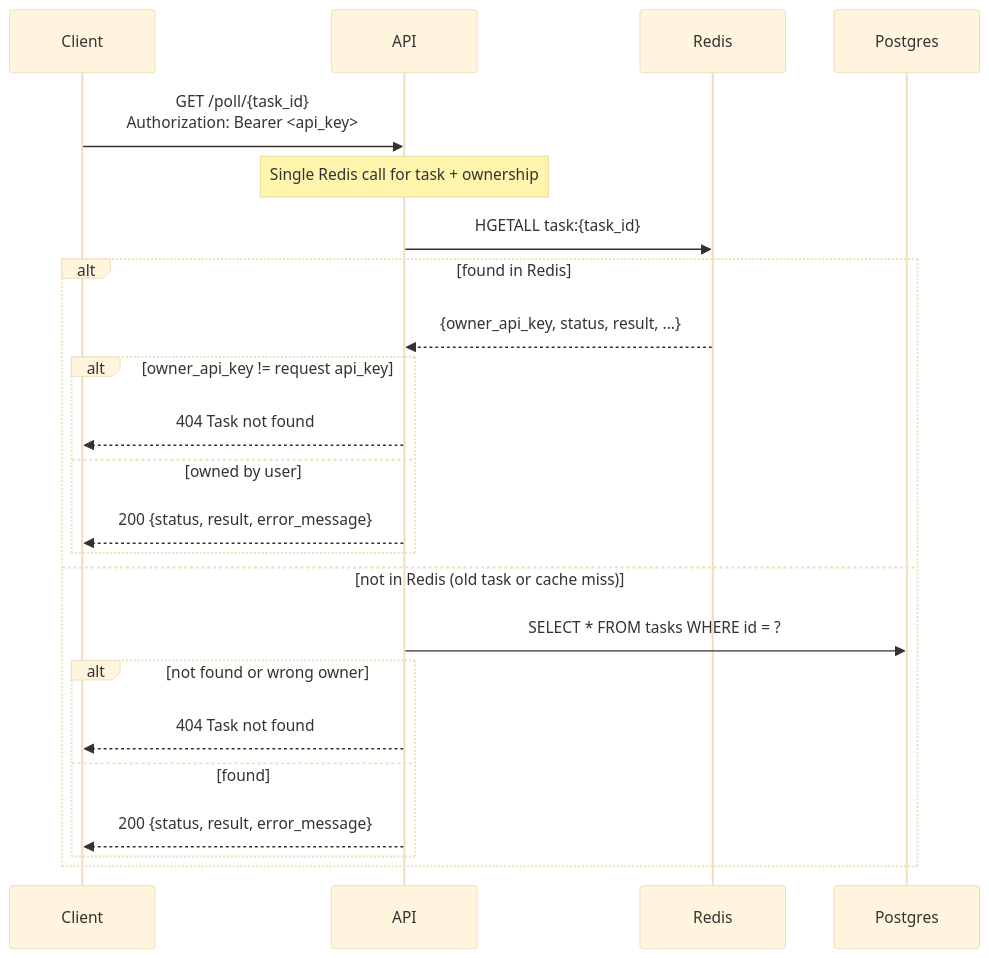
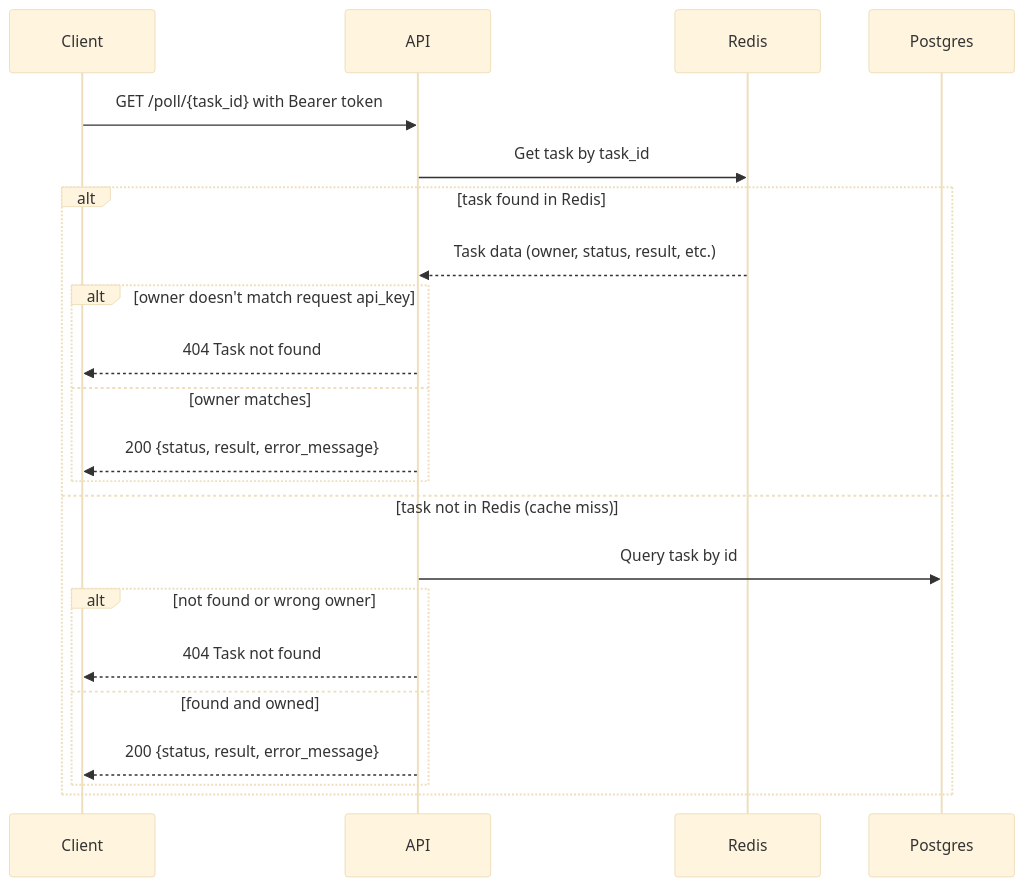
Before and after one commit to aregmii/celery-api-quickstart: the second of 4 diagrams in README.md, drawn with Mermaid (base theme). The commit also changed other lines of this file, not shown here.

Commit message:
update sequence diagrams

````diff
--- a/README.md
+++ b/README.md
@@ -245,31 +245,29 @@
 ```mermaid
 sequenceDiagram
     participant Client
     participant API
     participant Redis
     participant Postgres
 
-    Client->>API: GET /poll/{task_id}<br/>Authorization: Bearer <api_key>
+    Client->>API: GET /poll/{task_id} with Bearer token
 
-    Note over API: Single Redis call for task + ownership
+    API->>Redis: Get task by task_id
 
-    API->>Redis: HGETALL task:{task_id}
+    alt task found in Redis
+        Redis-->>API: Task data (owner, status, result, etc.)
 
-    alt found in Redis
-        Redis-->>API: {owner_api_key, status, result, ...}
-
-        alt owner_api_key != request api_key
+        alt owner doesn't match request api_key
             API-->>Client: 404 Task not found
-        else owned by user
+        else owner matches
             API-->>Client: 200 {status, result, error_message}
         end
-    else not in Redis (old task or cache miss)
-        API->>Postgres: SELECT * FROM tasks WHERE id = ?
+    else task not in Redis (cache miss)
+        API->>Postgres: Query task by id
 
         alt not found or wrong owner
             API-->>Client: 404 Task not found
-        else found
+        else found and owned
             API-->>Client: 200 {status, result, error_message}
         end
     end
 ```
````
